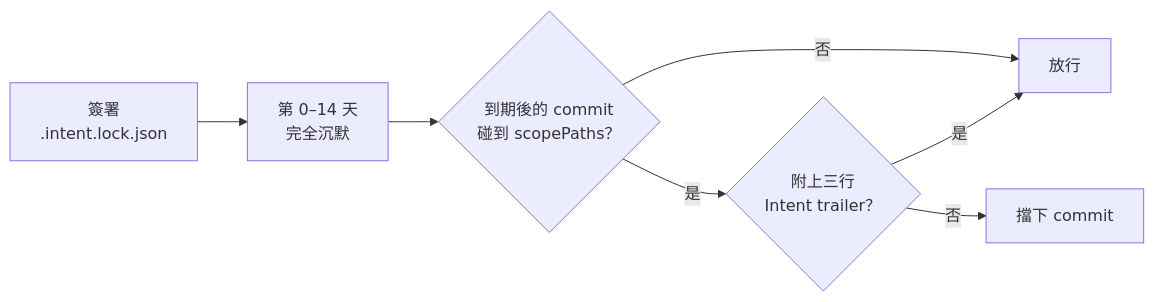
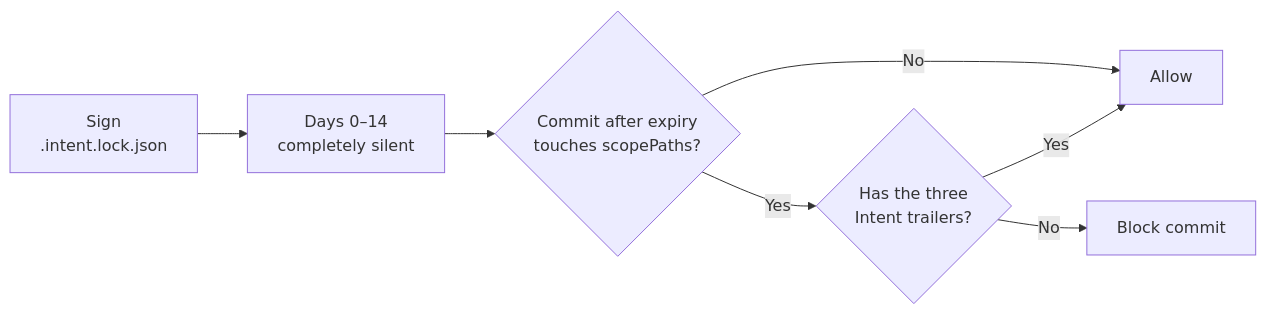
One commit to stephen-taipei/intent-galaxy changed the third of 4 diagrams in README.md. Above: the diagram before and after it, drawn with Mermaid. The commit also changed other lines of this file and 6 other files, not shown here.

````diff
--- a/README.md
+++ b/README.md
@@ -176,9 +184,9 @@
 ```mermaid
 flowchart LR
-    S["簽署<br/>.intent.lock.json"] --> Q["第 0–14 天<br/>完全沉默"]
-    Q --> X{"到期後的 commit<br/>碰到 scopePaths？"}
-    X -- 否 --> P["放行"]
-    X -- 是 --> T{"附上三行<br/>Intent trailer？"}
-    T -- 是 --> P
-    T -- 否 --> R["擋下 commit"]
+    S["Sign<br/>.intent.lock.json"] --> Q["Days 0–14<br/>completely silent"]
+    Q --> X{"Commit after expiry<br/>touches scopePaths?"}
+    X -- No --> P["Allow"]
+    X -- Yes --> T{"Has the three<br/>Intent trailers?"}
+    T -- Yes --> P
+    T -- No --> R["Block commit"]
 ```
````
